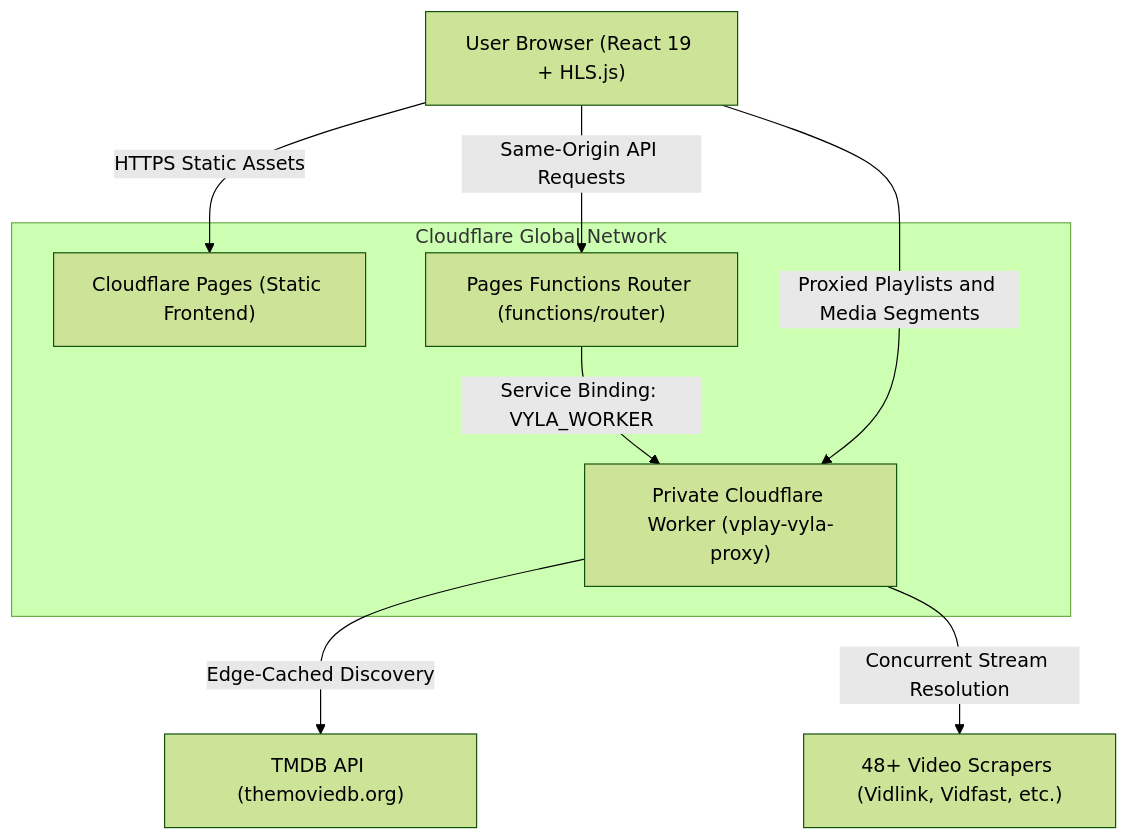
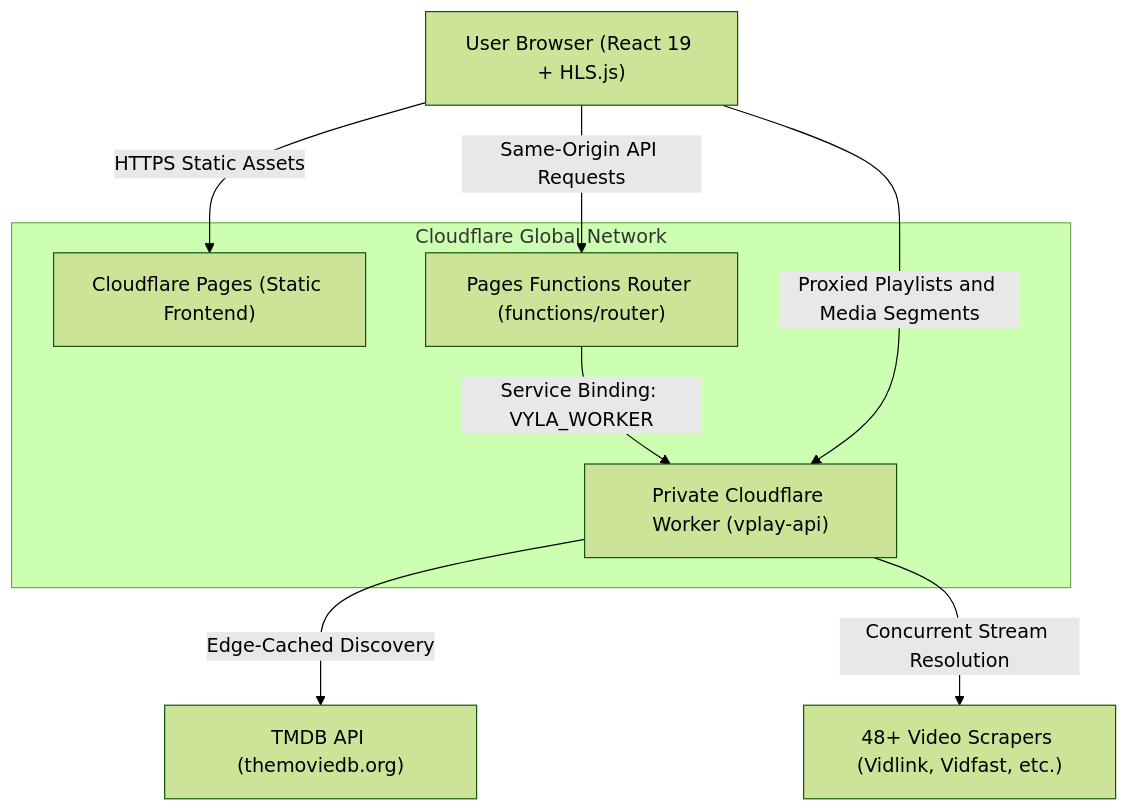
One commit to carlodandan/vi-play changed the diagram in README.md. Above: the diagram before and after it, drawn with Mermaid (forest theme). The commit also changed other lines of this file and 5 other files, not shown here.

Commit message:
fix: renaming the API to just vplay-api from vplay-vyla-proxy

````diff
--- a/README.md
+++ b/README.md
@@ -80,20 +80,20 @@
 ```mermaid
 graph TD
     Client["User Browser (React 19 + HLS.js)"]
     
     subgraph CF ["Cloudflare Global Network"]
         Pages["Cloudflare Pages (Static Frontend)"]
         Functions["Pages Functions Router (functions/router)"]
-        Worker["Private Cloudflare Worker (vplay-vyla-proxy)"]
+        Worker["Private Cloudflare Worker (vplay-api)"]
     end
     
     TMDB["TMDB API (themoviedb.org)"]
     Scrapers["48+ Video Scrapers (Vidlink, Vidfast, etc.)"]
     
     Client -->|HTTPS Static Assets| Pages
     Client -->|Same-Origin API Requests| Functions
     Functions -->|Service Binding: VYLA_WORKER| Worker
     Worker -->|Edge-Cached Discovery| TMDB
     Worker -->|Concurrent Stream Resolution| Scrapers
     Client -->|Proxied Playlists and Media Segments| Worker
 ```
````
